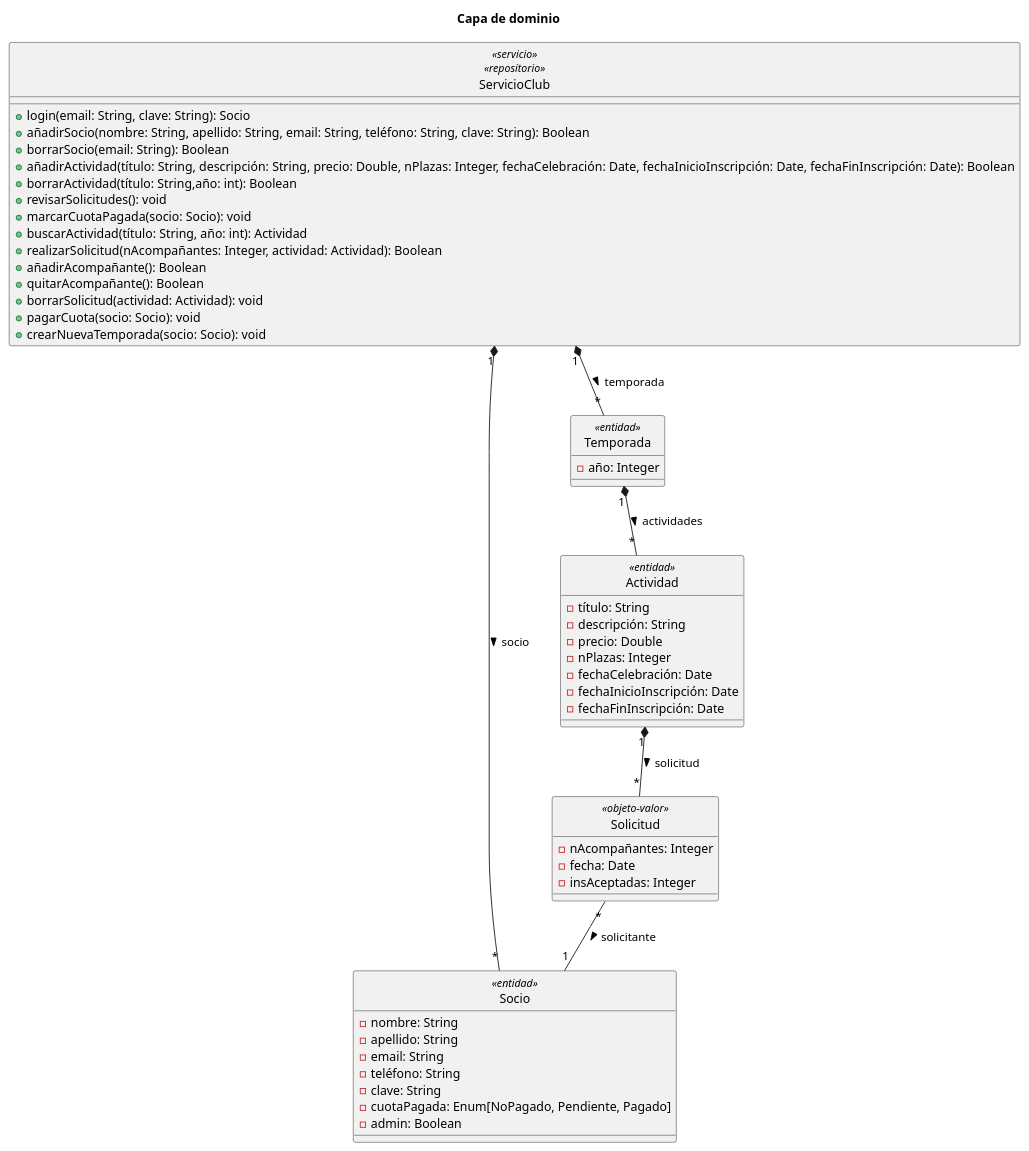
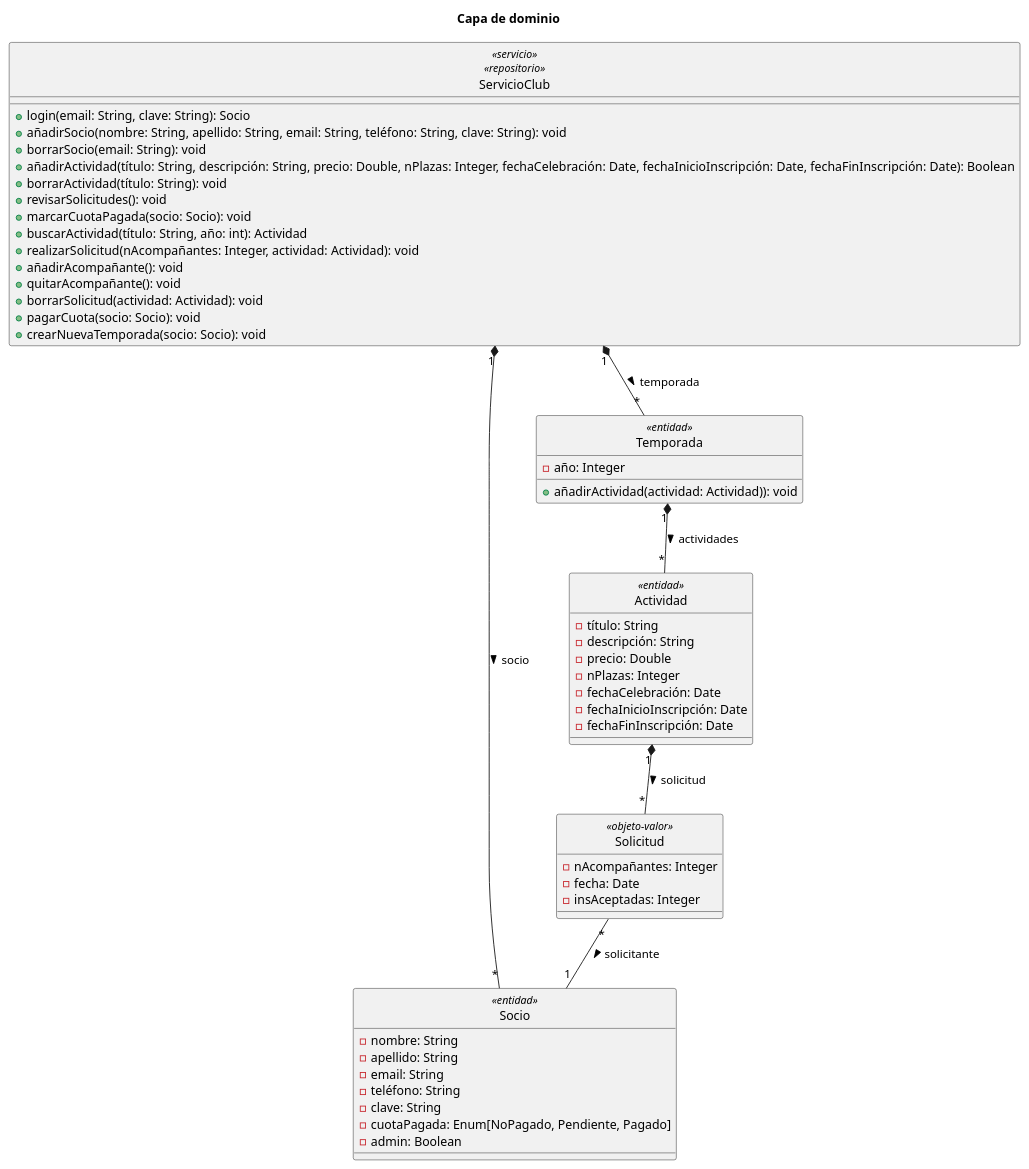
The diagram in diagramaDominio.puml (fjja0004/DAE-2024-fjja0004-scr00043-jfb00009), drawn with PlantUML before and after one commit.

Commit message:
Actualizacion UML

```diff
--- a/diagramaDominio.puml
+++ b/diagramaDominio.puml
@@ -1,59 +1,61 @@
 @startuml
 title "Capa de dominio"
 hide circle
 'skinparam classAttributeIconSize 0
 
 class ServicioClub <<servicio>> <<repositorio>> {
     + login(email: String, clave: String): Socio
-    + añadirSocio(nombre: String, apellido: String, email: String, teléfono: String, clave: String): Boolean
-    + borrarSocio(email: String): Boolean
+    + añadirSocio(nombre: String, apellido: String, email: String, teléfono: String, clave: String): void
+    + borrarSocio(email: String): void
     + añadirActividad(título: String, descripción: String, precio: Double, nPlazas: Integer, fechaCelebración: Date, fechaInicioInscripción: Date, fechaFinInscripción: Date): Boolean
-    + borrarActividad(título: String,año: int): Boolean
+    + borrarActividad(título: String): void
     + revisarSolicitudes(): void
     + marcarCuotaPagada(socio: Socio): void
     + buscarActividad(título: String, año: int): Actividad
-    + realizarSolicitud(nAcompañantes: Integer, actividad: Actividad): Boolean
-    + añadirAcompañante(): Boolean
-    + quitarAcompañante(): Boolean
+    + realizarSolicitud(nAcompañantes: Integer, actividad: Actividad): void
+    + añadirAcompañante(): void
+    + quitarAcompañante(): void
     + borrarSolicitud(actividad: Actividad): void
     + pagarCuota(socio: Socio): void
     + crearNuevaTemporada(socio: Socio): void
 }
 
 class Socio <<entidad>> {
 - nombre: String
 - apellido: String
 - email: String
 - teléfono: String
 - clave: String
 - cuotaPagada: Enum[NoPagado, Pendiente, Pagado]
 - admin: Boolean
 }
 
 class Actividad <<entidad>> {
 - título: String
 - descripción: String
 - precio: Double
 - nPlazas: Integer
 - fechaCelebración: Date
 - fechaInicioInscripción: Date
 - fechaFinInscripción: Date
 }
 
 class Solicitud <<objeto-valor>> {
 - nAcompañantes: Integer
 - fecha: Date
 - insAceptadas: Integer
 }
 
 class Temporada <<entidad>> {
 - año: Integer
+    + añadirActividad(actividad: Actividad)): void
+
 }
 
 Solicitud "*" -- "1" Socio : > solicitante
 Actividad "1" *-- "*" Solicitud : > solicitud
 Temporada "1" *-- "*" Actividad : > actividades
 ServicioClub "1" *-- "*" Socio : > socio
 ServicioClub "1" *-- "*" Temporada : > temporada
 
 @enduml
```
